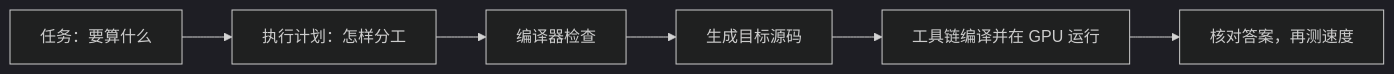
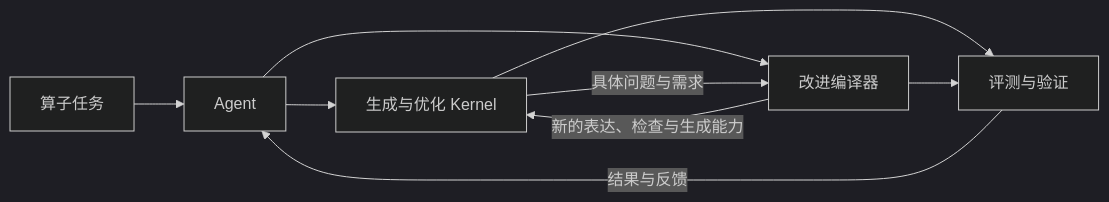
Before and after one commit to qhy991/open-cake-ir: the diagram in README.md, drawn with Mermaid (dark theme). The commit also changed other lines of this file and 13 other files, not shown here.

````diff
--- a/README.md
+++ b/README.md
@@ -24,8 +30,11 @@
 ```mermaid
 flowchart LR
-    A["任务：要算什么"] --> B["执行计划：怎样分工"]
-    B --> C["编译器检查"]
-    C --> D["生成目标源码"]
-    D --> E["工具链编译并在 GPU 运行"]
-    E --> F["核对答案，再测速度"]
+    A["算子任务"] --> B["Agent"]
+    B --> K["生成与优化 Kernel"]
+    B --> C["改进编译器"]
+    K -->|"具体问题与需求"| C
+    C -->|"新的表达、检查与生成能力"| K
+    K --> V["评测与验证"]
+    C --> V
+    V -->|"结果与反馈"| B
 ```
````
